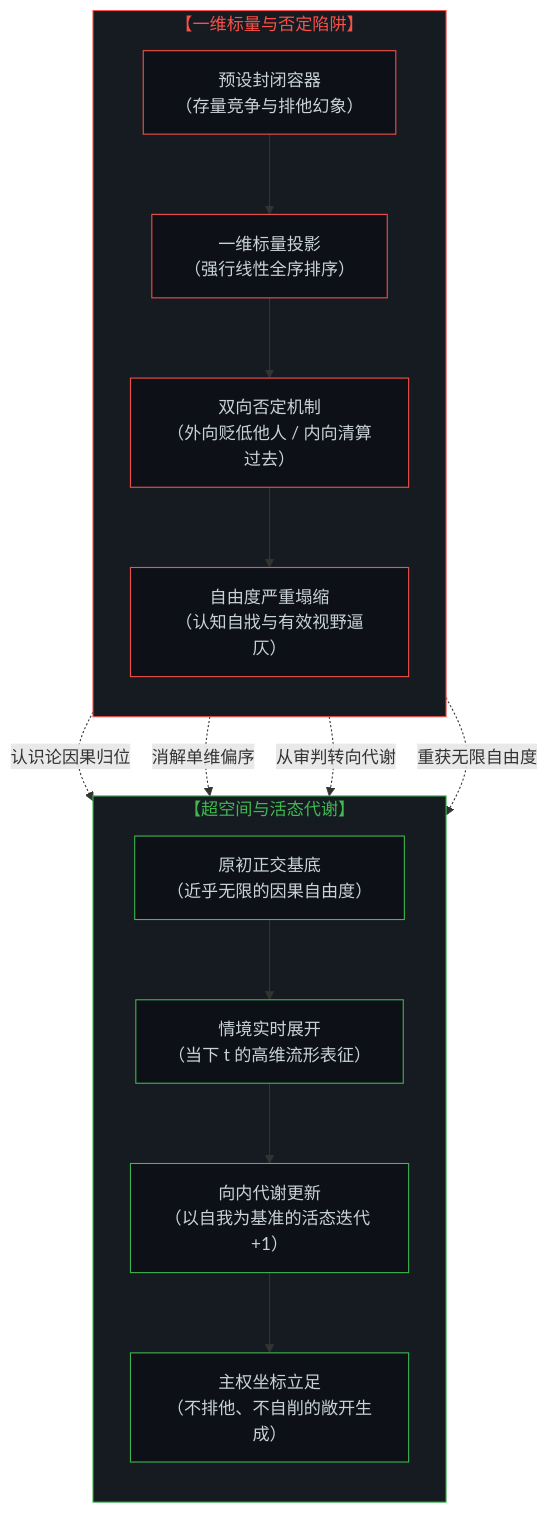
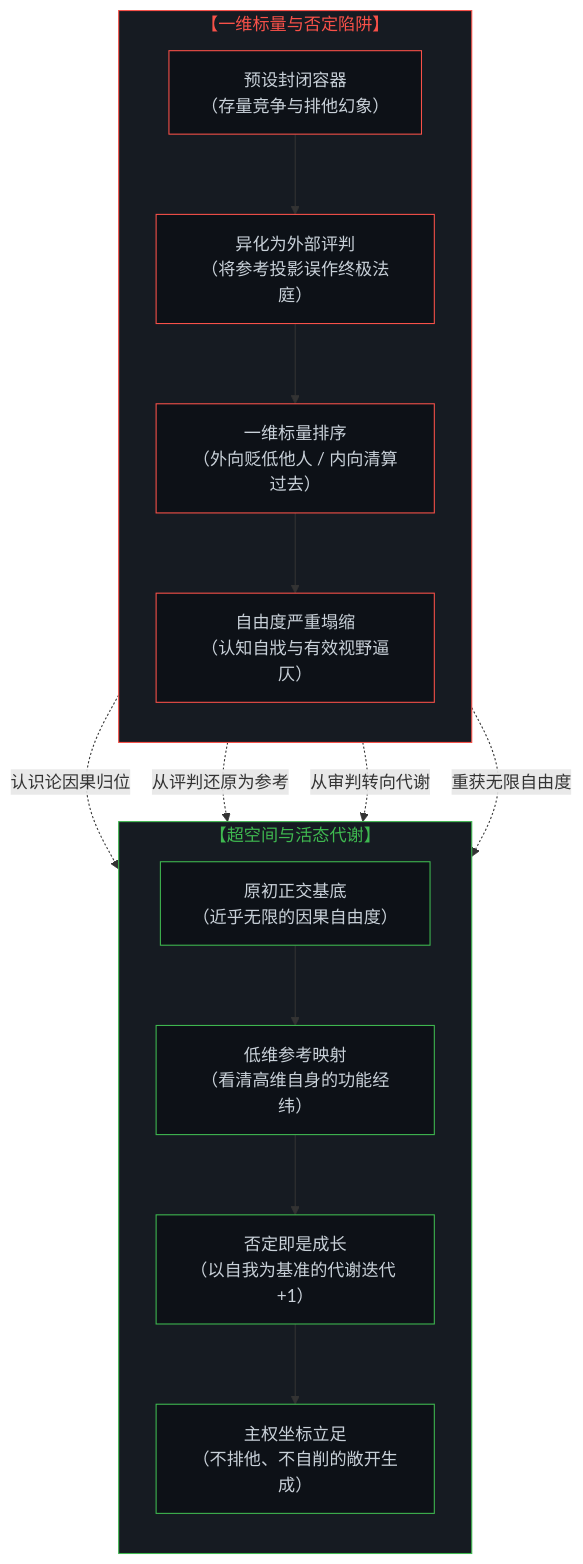
The first of 2 diagrams in content/posts/coordinates-in-flux-negation-and-self-anchoring.md (powerpig99/not-a-toe), drawn with Mermaid before and after one commit. The commit also changed other lines of this file and 4 other files, not shown here.

````diff
--- a/content/posts/coordinates-in-flux-negation-and-self-anchoring.md
+++ b/content/posts/coordinates-in-flux-negation-and-self-anchoring.md
@@ -74,36 +76,36 @@
 ```mermaid
 graph TD
     subgraph S1["【一维标量与否定陷阱】"]
         direction TB
         A1["预设封闭容器<br>（存量竞争与排他幻象）"]
-        A2["一维标量投影<br>（强行线性全序排序）"]
-        A3["双向否定机制<br>（外向贬低他人 / 内向清算过去）"]
+        A2["异化为外部评判<br>（将参考投影误作终极法庭）"]
+        A3["一维标量排序<br>（外向贬低他人 / 内向清算过去）"]
         A4["自由度严重塌缩<br>（认知自戕与有效视野逼仄）"]
         A1 --> A2 --> A3 --> A4
     end
 
     subgraph S2["【超空间与活态代谢】"]
         direction TB
         B1["原初正交基底<br>（近乎无限的因果自由度）"]
-        B2["情境实时展开<br>（当下 t 的高维流形表征）"]
-        B3["向内代谢更新<br>（以自我为基准的活态迭代 +1）"]
+        B2["低维参考映射<br>（看清高维自身的功能经纬）"]
+        B3["否定即是成长<br>（以自我为基准的代谢迭代 +1）"]
         B4["主权坐标立足<br>（不排他、不自削的敞开生成）"]
         B1 --> B2 --> B3 --> B4
     end
 
     A1 -.->|"认识论因果归位"| B1
-    A2 -.->|"消解单维偏序"| B2
+    A2 -.->|"从评判还原为参考"| B2
     A3 -.->|"从审判转向代谢"| B3
     A4 -.->|"重获无限自由度"| B4
 
     style S1 fill:#161b22,stroke:#f85149,stroke-width:1px,color:#f85149
     style S2 fill:#161b22,stroke:#3fb950,stroke-width:1px,color:#3fb950
     style A1 fill:#0d1117,stroke:#f85149,stroke-width:1px,color:#c9d1d9
     style A2 fill:#0d1117,stroke:#f85149,stroke-width:1px,color:#c9d1d9
     style A3 fill:#0d1117,stroke:#f85149,stroke-width:1px,color:#c9d1d9
     style A4 fill:#0d1117,stroke:#f85149,stroke-width:1px,color:#c9d1d9
     style B1 fill:#0d1117,stroke:#3fb950,stroke-width:1px,color:#c9d1d9
     style B2 fill:#0d1117,stroke:#3fb950,stroke-width:1px,color:#c9d1d9
     style B3 fill:#0d1117,stroke:#3fb950,stroke-width:1px,color:#c9d1d9
     style B4 fill:#0d1117,stroke:#3fb950,stroke-width:1px,color:#c9d1d9
 ```
````
